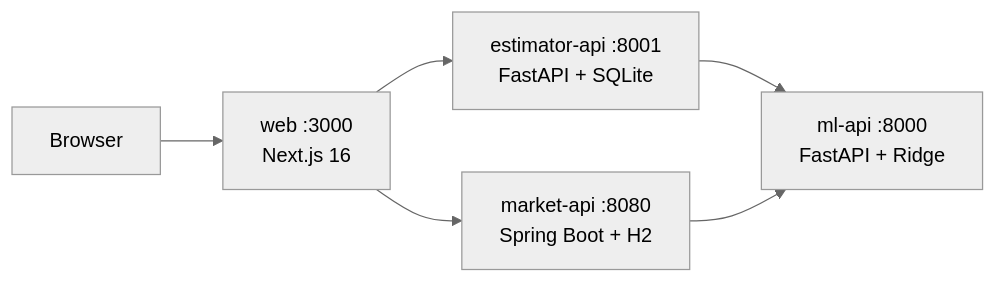
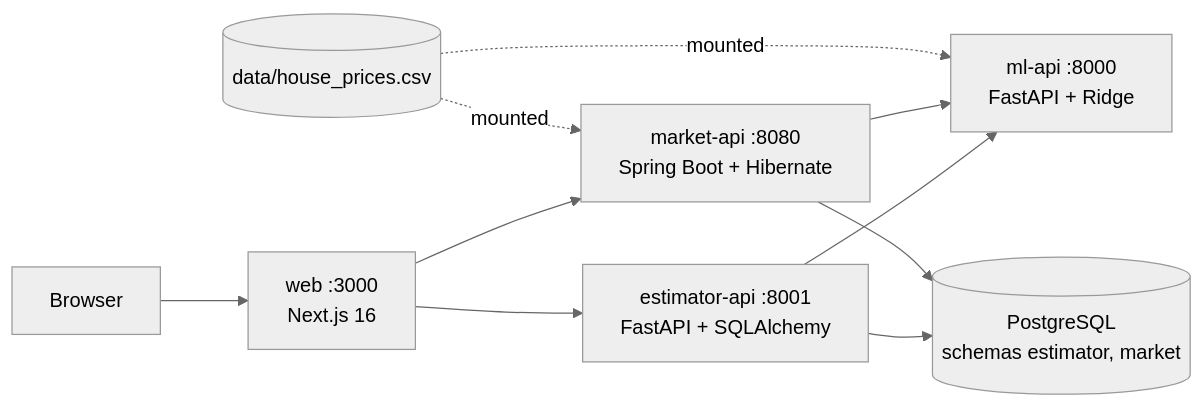
The diagram in README.md (Ekhrapykin/housing-prediction-portal), drawn with Mermaid (neutral theme) before and after one commit. The commit also changed other lines of this file and 35 other files, not shown here.

First line of the commit message:
Move storage to Postgres with schema-per-service and share one dataset

````diff
--- a/README.md
+++ b/README.md
@@ -10,8 +10,12 @@
 ```mermaid
 flowchart LR
   B[Browser] --> W[web :3000<br/>Next.js 16]
-  W --> E[estimator-api :8001<br/>FastAPI + SQLite]
-  W --> M[market-api :8080<br/>Spring Boot + H2]
+  W --> E[estimator-api :8001<br/>FastAPI + SQLAlchemy]
+  W --> M[market-api :8080<br/>Spring Boot + Hibernate]
   E --> ML[ml-api :8000<br/>FastAPI + Ridge]
   M --> ML
+  E --> PG[(PostgreSQL<br/>schemas estimator, market)]
+  M --> PG
+  CSV[(data/house_prices.csv)] -.mounted.-> ML
+  CSV -.mounted.-> M
 ```
````
